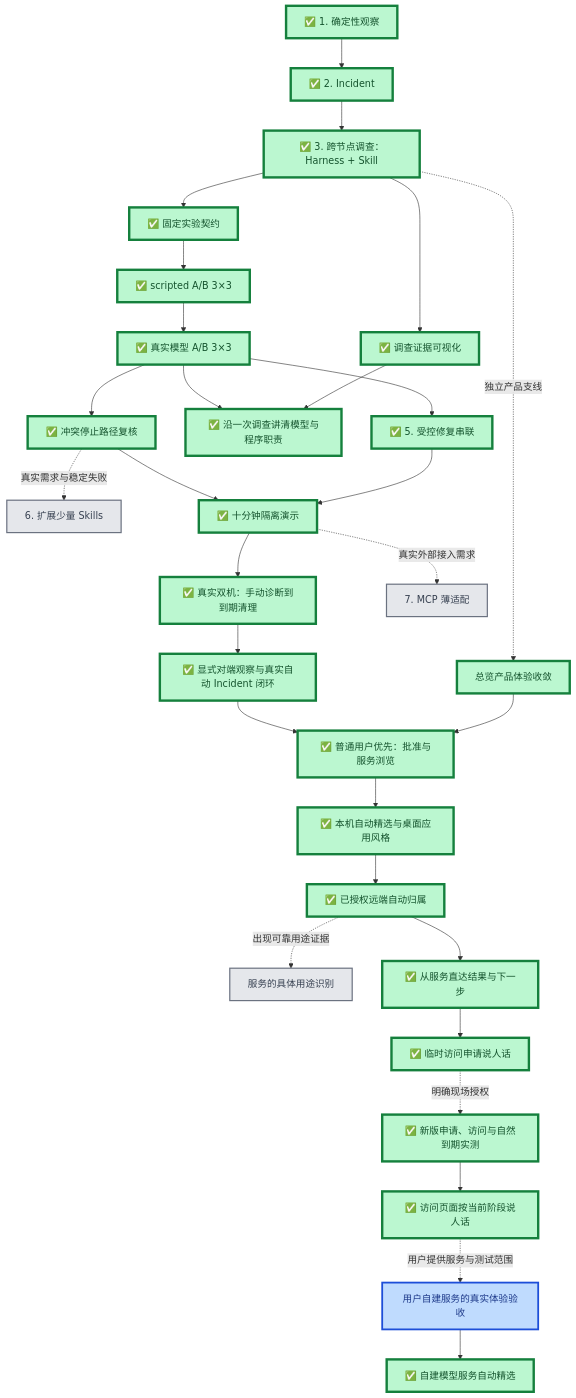
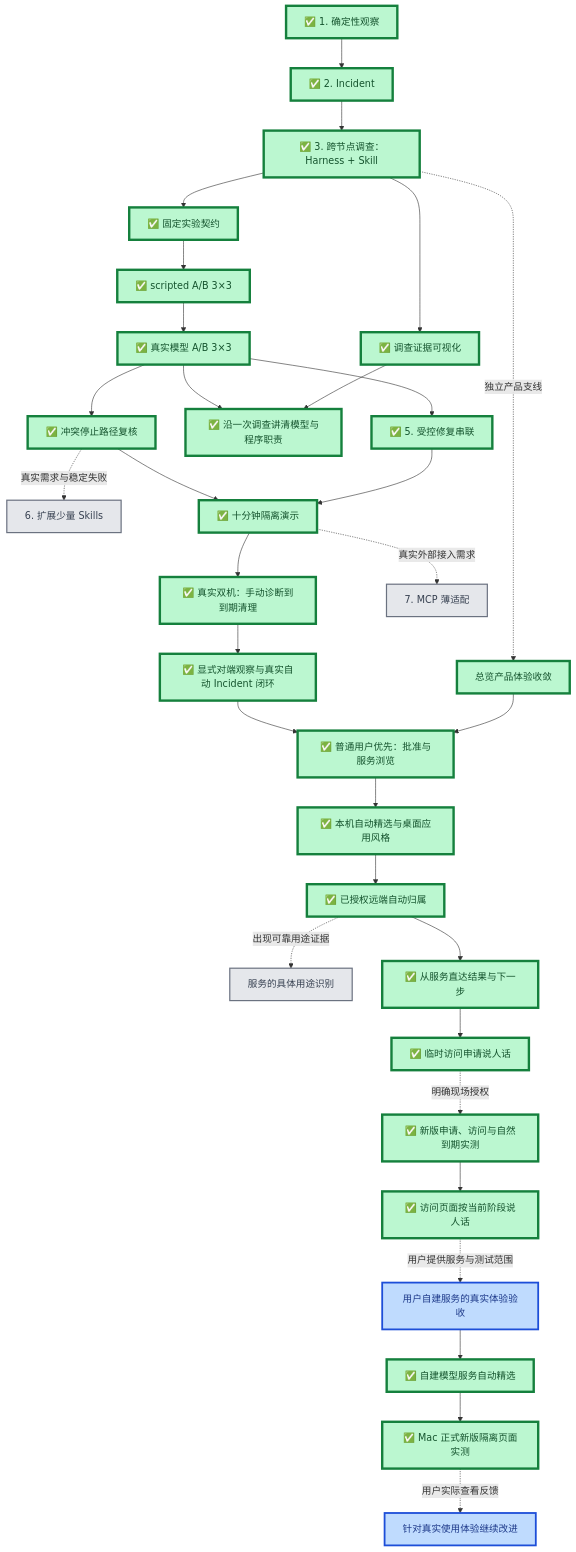
One commit to Sugarfarmeriod/TunnelMinion changed the first of 2 diagrams in docs/project/roadmap.md. Above: the diagram before and after it, drawn with Mermaid. The commit also changed other lines of this file and 2 other files, not shown here.

Commit message:
docs: 记录模型服务新版隔离页面实机验收 (#115)

````diff
--- a/docs/project/roadmap.md
+++ b/docs/project/roadmap.md
@@ -8,54 +8,58 @@
 ```mermaid
 flowchart TB
     A["✅ 1. 确定性观察"] --> B["✅ 2. Incident"]
     B --> C["✅ 3. 跨节点调查：Harness + Skill"]
 
     C --> D1["✅ 固定实验契约"]
     D1 --> D2["✅ scripted A/B 3×3"]
     D2 --> D3["✅ 真实模型 A/B 3×3"]
 
     D3 --> E["✅ 5. 受控修复串联"]
     C --> V["✅ 调查证据可视化"]
     V --> W["✅ 沿一次调查讲清模型与程序职责"]
     D3 --> W
     D3 --> F["✅ 冲突停止路径复核"]
     F -.真实需求与稳定失败.-> K["6. 扩展少量 Skills"]
     E --> H["✅ 十分钟隔离演示"]
     F --> H
     H --> R["✅ 真实双机：手动诊断到到期清理"]
     R --> I["✅ 显式对端观察与真实自动 Incident 闭环"]
     H -.真实外部接入需求.-> G["7. MCP 薄适配"]
 
     C -.独立产品支线.-> U["总览产品体验收敛"]
     U --> P["✅ 普通用户优先：批准与服务浏览"]
     I --> P
     P --> Q["✅ 本机自动精选与桌面应用风格"]
     Q --> Q2["✅ 已授权远端自动归属"]
     Q2 -.出现可靠用途证据.-> Q3["服务的具体用途识别"]
     Q2 --> Q4["✅ 从服务直达结果与下一步"]
     Q4 --> Q5["✅ 临时访问申请说人话"]
     Q5 -.明确现场授权.-> Q6["✅ 新版申请、访问与自然到期实测"]
     Q6 --> Q7["✅ 访问页面按当前阶段说人话"]
     Q7 -.用户提供服务与测试范围.-> Q8["用户自建服务的真实体验验收"]
     Q8 --> Q9["✅ 自建模型服务自动精选"]
+    Q9 --> Q10["✅ Mac 正式新版隔离页面实测"]
+    Q10 -.用户实际查看反馈.-> Q11["针对真实使用体验继续改进"]
 
     classDef done fill:#bbf7d0,stroke:#15803d,stroke-width:4px,color:#14532d;
     classDef current fill:#fde68a,stroke:#b45309,stroke-width:5px,color:#78350f;
     classDef next fill:#bfdbfe,stroke:#1d4ed8,stroke-width:3px,color:#1e3a8a;
     classDef later fill:#e5e7eb,stroke:#6b7280,stroke-width:2px,color:#374151;
     class A,B,C,D1,D2,D3,E,F,H,R,V done;
     class U done;
     class W done;
     class I done;
     class G,K later;
     class P done;
     class Q done;
     class Q2 done;
     class Q3 later;
     class Q4 done;
     class Q5 done;
     class Q6 done;
     class Q7 done;
     class Q8 next;
     class Q9 done;
+    class Q10 done;
+    class Q11 next;
 ```
````
